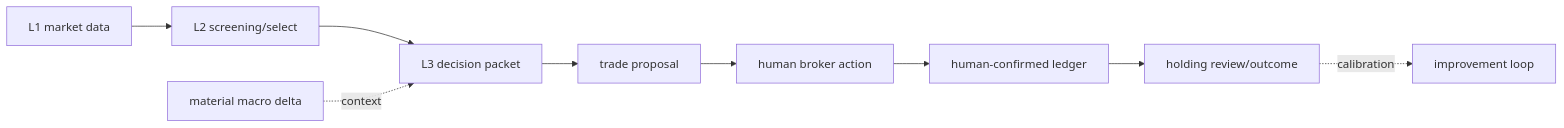
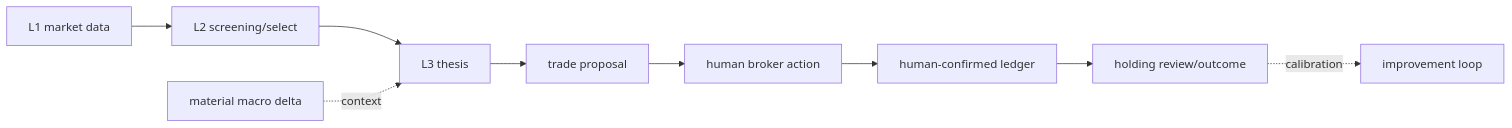
Before and after one commit to koumatsumoto/baibai-loop: the diagram in docs/workflow/README.md, drawn with Mermaid. The commit also changed other lines of this file and 31 other files, not shown here.

````diff
--- a/docs/workflow/README.md
+++ b/docs/workflow/README.md
@@ -13,11 +13,11 @@
 ```mermaid
 flowchart LR
   market[L1 market data] --> screening[L2 screening/select]
-  screening --> research[L3 decision packet]
+  screening --> research[L3 thesis]
   macro[material macro delta] -. context .-> research
   research --> proposal[trade proposal]
   proposal --> human[human broker action]
   human --> ledger[human-confirmed ledger]
   ledger --> holding[holding review/outcome]
   holding -. calibration .-> improve[improvement loop]
 ```
````
